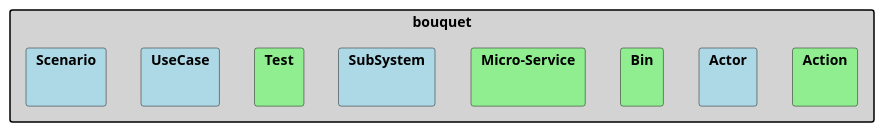
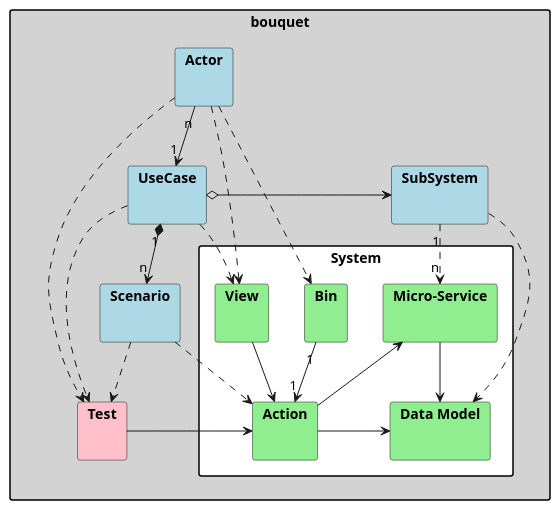
The diagram in docs/Architecture.puml (madajaju/bouquet), drawn with PlantUML before and after one commit. The commit also changed 132 other files, not shown here.

```diff
--- a/docs/Architecture.puml
+++ b/docs/Architecture.puml
@@ -1,24 +1,54 @@
 @startuml
 
 skinparam packageStyle rect
 
 package bouquet #lightgray {
-    package "Action" #lightgreen {
-    }
     package "Actor" #lightblue {
     }
-    package "Bin" #lightgreen {
-    }
-    package "Micro-Service" #lightgreen {
-    }
-    package "SubSystem" #lightblue {
-    }
-    package "Test" #lightgreen {
+    package "Test" #pink {
     }
     package "UseCase" #lightblue {
     }
     package "Scenario" #lightblue {
     }
+    package "SubSystem" #lightblue {
+    }
+    package System #white {
+        package "Action" #lightgreen {
+        }
+        package "Bin" #lightgreen {
+        }
+        package "Micro-Service" #lightgreen {
+        }
+        package "Data Model" as Model #lightgreen {
+        }
+        package "View" as View #lightgreen {
+        }
+    }
+
+    UseCase "1" *--> "n" Scenario
+    Actor "n" --> "1" UseCase
+    Actor ..>  Bin
+    SubSystem "1" ..> "n" "Micro-Service"
+    Bin "1" --> "1" Action
+    Scenario .> Action
+    UseCase o-> SubSystem
+    SubSystem ..> Model
+
+    Actor ..> Test
+    UseCase ..> Test
+    Scenario ..> Test
+    "Micro-Service" <-- Action
+    Test -> Action
+
+    Action -> Model
+    "Micro-Service" -> Model
+
+    Actor ..> View
+    UseCase ..> View
+    View --> Action
+
+
 }
 
 @enduml
```
